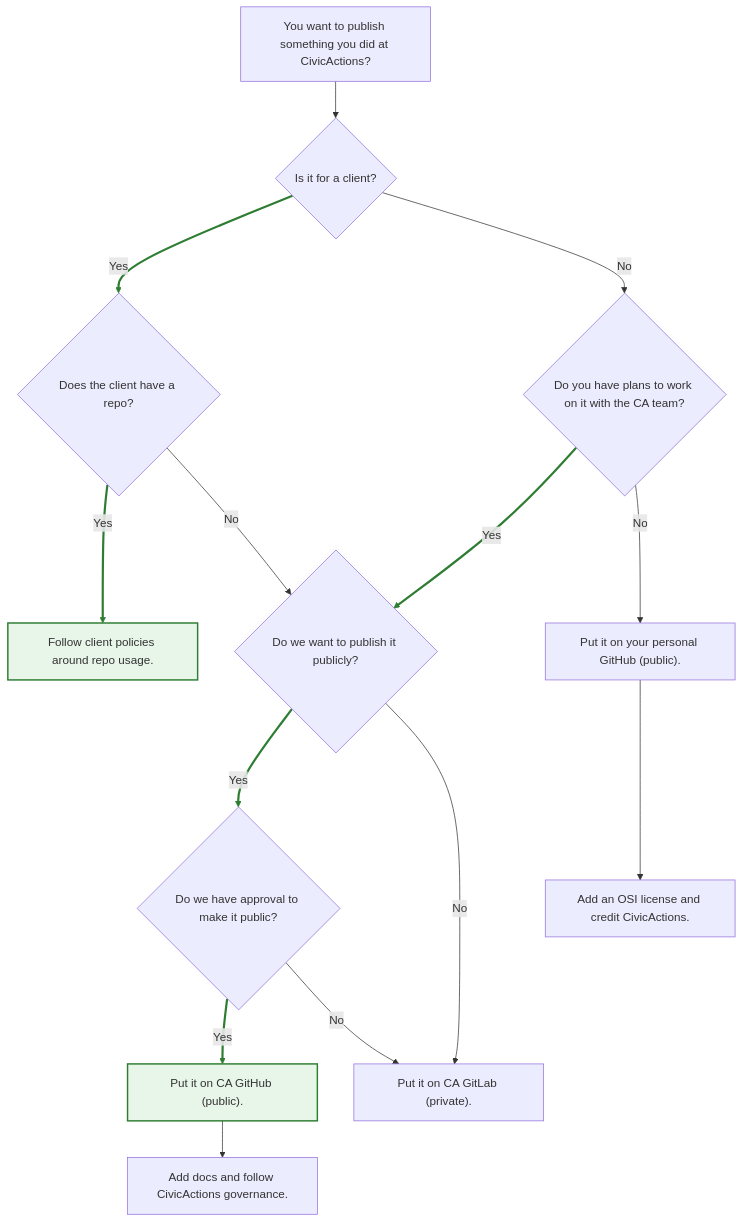
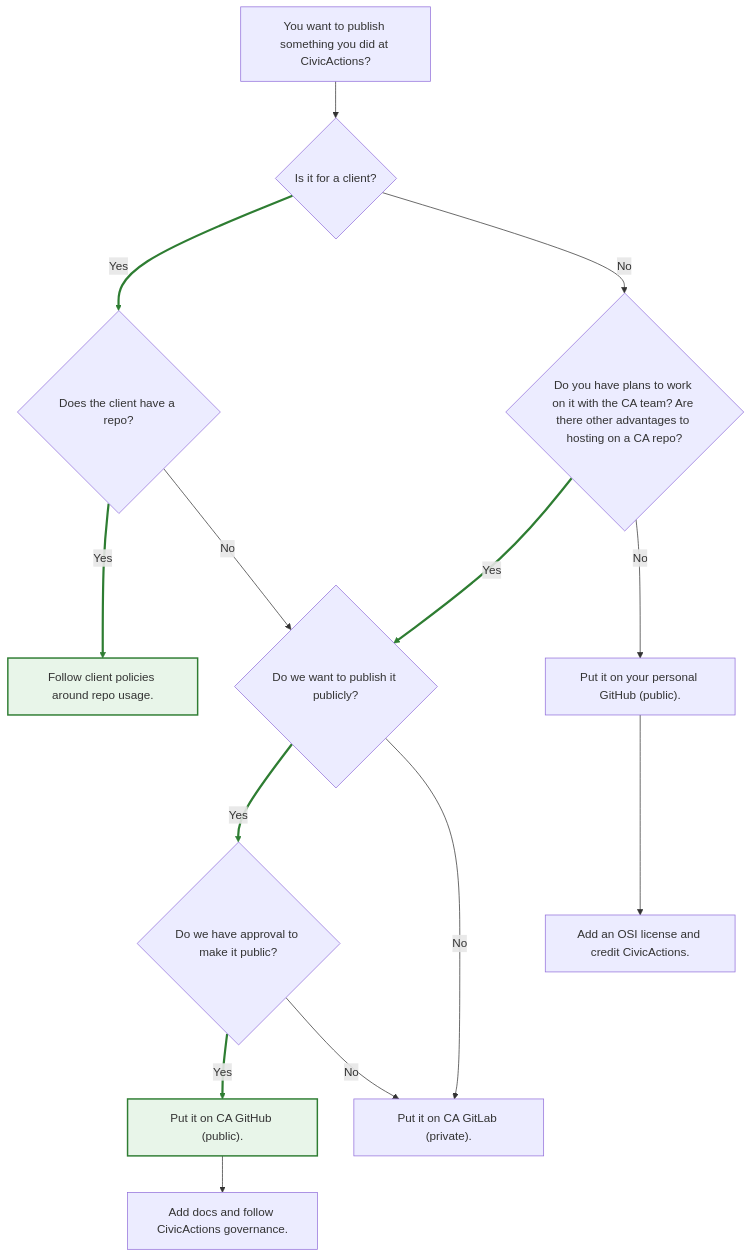
One commit to CivicActions/open-practice changed the diagram in draft/code-management-guidance.md. Above: the diagram before and after it, drawn with Mermaid.

Commit message:
Update code-management-guidance.md
other advantages

````diff
--- a/draft/code-management-guidance.md
+++ b/draft/code-management-guidance.md
@@ -73,43 +73,43 @@
 ```mermaid
 flowchart TD
     %% Nodes
     Project["You want to publish something you did at CivicActions?"]
     Client{"Is it for a client?"}
     ClientRepo{"Does the client have a repo?"}
-    NeedCA{"Do you have plans to work on it with the CA team?"}
+    NeedCA{"Do you have plans to work on it with the CA team? Are there other advantages to hosting on a CA repo?"}
     WantPublic{"Do we want to publish it publicly?"}
     Approval{"Do we have approval to make it public?"}
     UseClientRepo["Follow client policies around repo usage."]
     UseCAGH["Put it on CA GitHub (public)."]
     UseCAGL["Put it on CA GitLab (private)."]
     UsePersonalGH["Put it on your personal GitHub (public)."]
     Docs["Add docs and follow CivicActions governance."]
     DocsPersonal["Add an OSI license and credit CivicActions."]
 
     %% Flow
     Project --> Client
     Client -->|Yes| ClientRepo
     Client -->|No| NeedCA
     ClientRepo -->|Yes| UseClientRepo
     ClientRepo -->|No| WantPublic
     NeedCA -->|Yes| WantPublic
     NeedCA -->|No| UsePersonalGH
     WantPublic -->|Yes| Approval
     WantPublic -->|No| UseCAGL
     Approval -->|Yes| UseCAGH
     Approval -->|No| UseCAGL
     UseCAGH --> Docs
     UsePersonalGH --> DocsPersonal
 
     %% Preferred endpoints styling
     classDef prefNode fill:#e8f5e9,stroke:#2e7d32,stroke-width:2px;
     class UseClientRepo,UseCAGH prefNode;
 
     %% Preferred edges styling (thicker + green)
     linkStyle 1 stroke:#2e7d32,stroke-width:3px;
     linkStyle 3 stroke:#2e7d32,stroke-width:3px;
     linkStyle 5 stroke:#2e7d32,stroke-width:3px;
     linkStyle 7 stroke:#2e7d32,stroke-width:3px;
     linkStyle 9 stroke:#2e7d32,stroke-width:3px;
 
 ```
````
